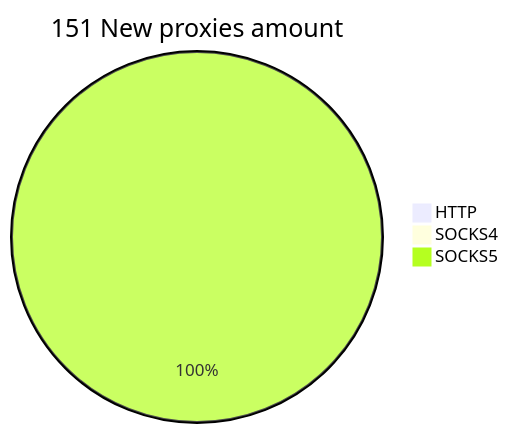
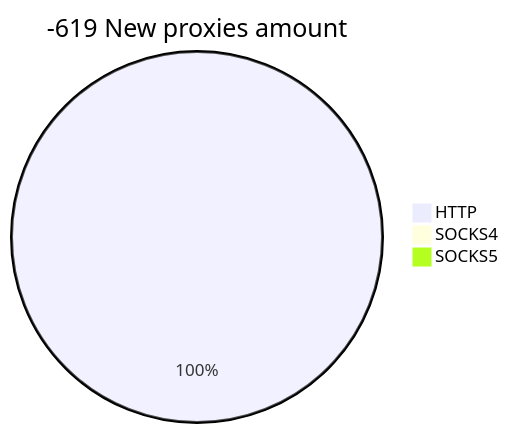
One commit to cutipu/proxylist changed the second of 2 diagrams in README.md. Above: the diagram before and after it, drawn with Mermaid. The commit also changed other lines of this file, not shown here.

````diff
--- a/README.md
+++ b/README.md
@@ -10,6 +10,6 @@
 ```mermaid
-pie title 151 New proxies amount
-    "HTTP" : 0
+pie title -619 New proxies amount
+    "HTTP" : 1
     "SOCKS4" : 0
-    "SOCKS5" : 172
+    "SOCKS5" : 0
 ```
````
